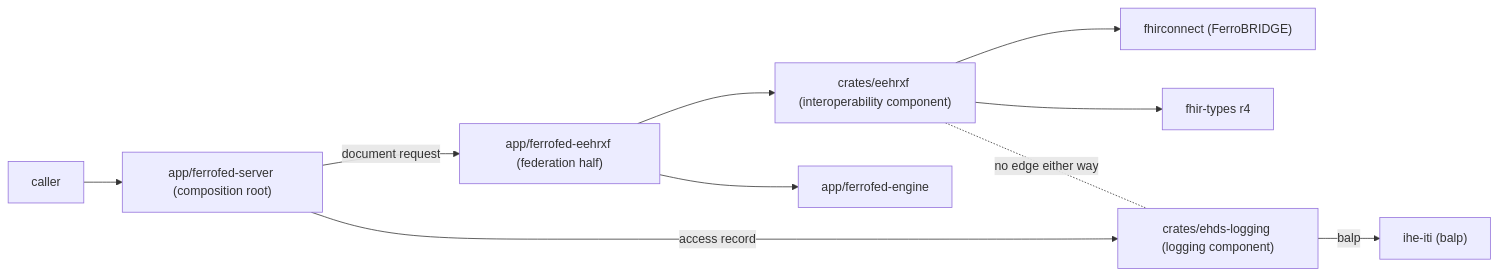
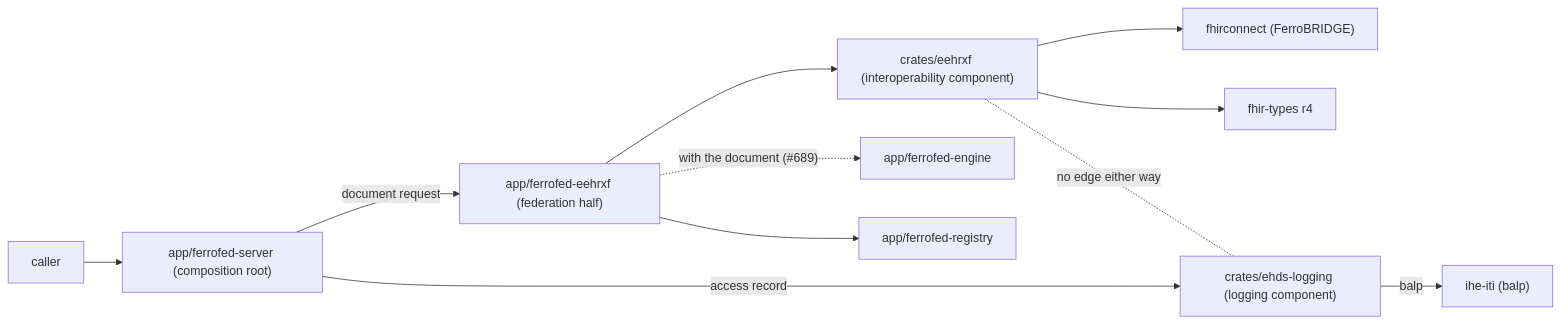
One commit to FerroHEALTH/FerroFED changed the fourth of 5 diagrams in docs/architecture.md. Above: the diagram before and after it, drawn with Mermaid. The commit also changed other lines of this file and 47 other files, not shown here.

````diff
--- a/docs/architecture.md
+++ b/docs/architecture.md
@@ -2212,12 +2213,13 @@
 ```mermaid
 flowchart LR
     caller["caller"] --> server["app/ferrofed-server (composition root)"]
     server -- "document request" --> glue["app/ferrofed-eehrxf (federation half)"]
     glue --> eehrxf["crates/eehrxf (interoperability component)"]
-    glue --> engine["app/ferrofed-engine"]
+    glue -. "with the document (#689)" .-> engine["app/ferrofed-engine"]
+    glue --> registry["app/ferrofed-registry"]
     eehrxf --> fhirconnect["fhirconnect (FerroBRIDGE)"]
     eehrxf --> fhir["fhir-types r4"]
     server -- "access record" --> logging["crates/ehds-logging (logging component)"]
     logging -- balp --> iti["ihe-iti (balp)"]
     eehrxf -.- |"no edge either way"| logging
 ```
````
